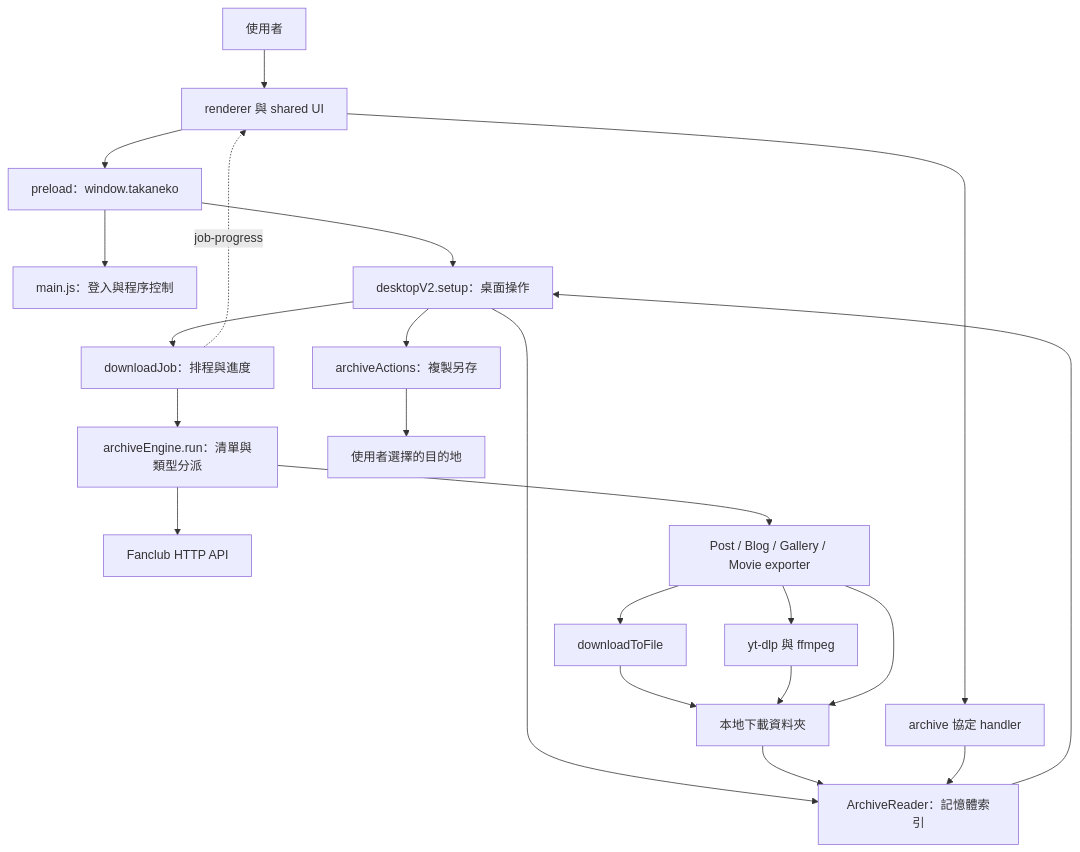
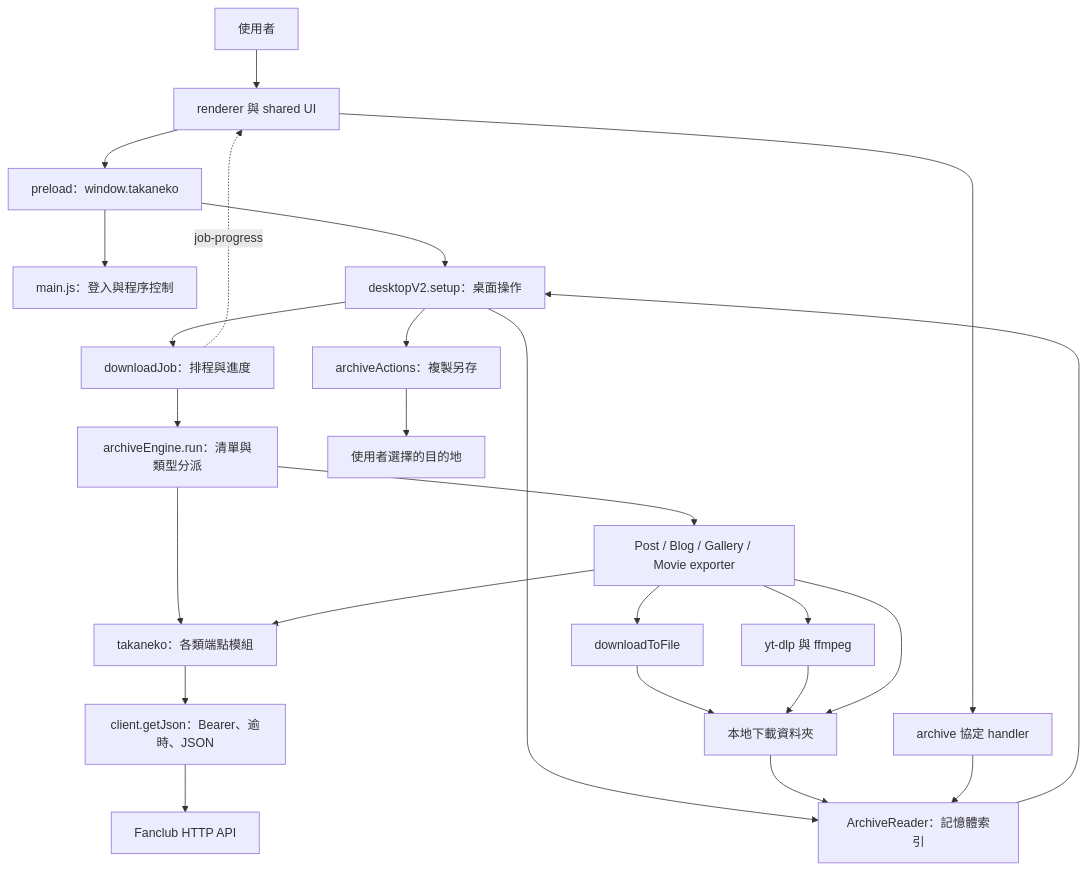
The first of 3 diagrams in docs/application-flow.md (Senachi124/TakanekoFanClubDownloader), drawn with Mermaid before and after one commit. The commit also changed other lines of this file and 23 other files, not shown here.

First line of the commit message:
refactor: centralize Fanclub API endpoints and requests

````diff
--- a/docs/application-flow.md
+++ b/docs/application-flow.md
@@ -7,24 +7,27 @@
 ```mermaid
 flowchart TD
     User[使用者] --> UI[renderer 與 shared UI]
     UI --> Bridge[preload：window.takaneko]
     Bridge --> Main[main.js：登入與程序控制]
     Bridge --> Desktop[desktopV2.setup：桌面操作]
     Desktop --> Job[downloadJob：排程與進度]
     Job --> Engine[archiveEngine.run：清單與類型分派]
-    Engine --> API[Fanclub HTTP API]
+    Engine --> Resources[takaneko：各類端點模組]
     Engine --> Exporters[Post / Blog / Gallery / Movie exporter]
+    Exporters --> Resources
+    Resources --> Client[client.getJson：Bearer、逾時、JSON]
+    Client --> API[Fanclub HTTP API]
     Exporters --> Images[downloadToFile]
     Exporters --> Tools[yt-dlp 與 ffmpeg]
     Images --> Archive[本地下載資料夾]
     Tools --> Archive
     Exporters --> Archive
     Desktop --> Reader[ArchiveReader：記憶體索引]
     Archive --> Reader
     Reader --> Desktop
     Desktop --> Actions[archiveActions：複製另存]
     Actions --> Destination[使用者選擇的目的地]
     UI --> Protocol[archive 協定 handler]
     Protocol --> Reader
     Job -. job-progress .-> UI
 ```
````
